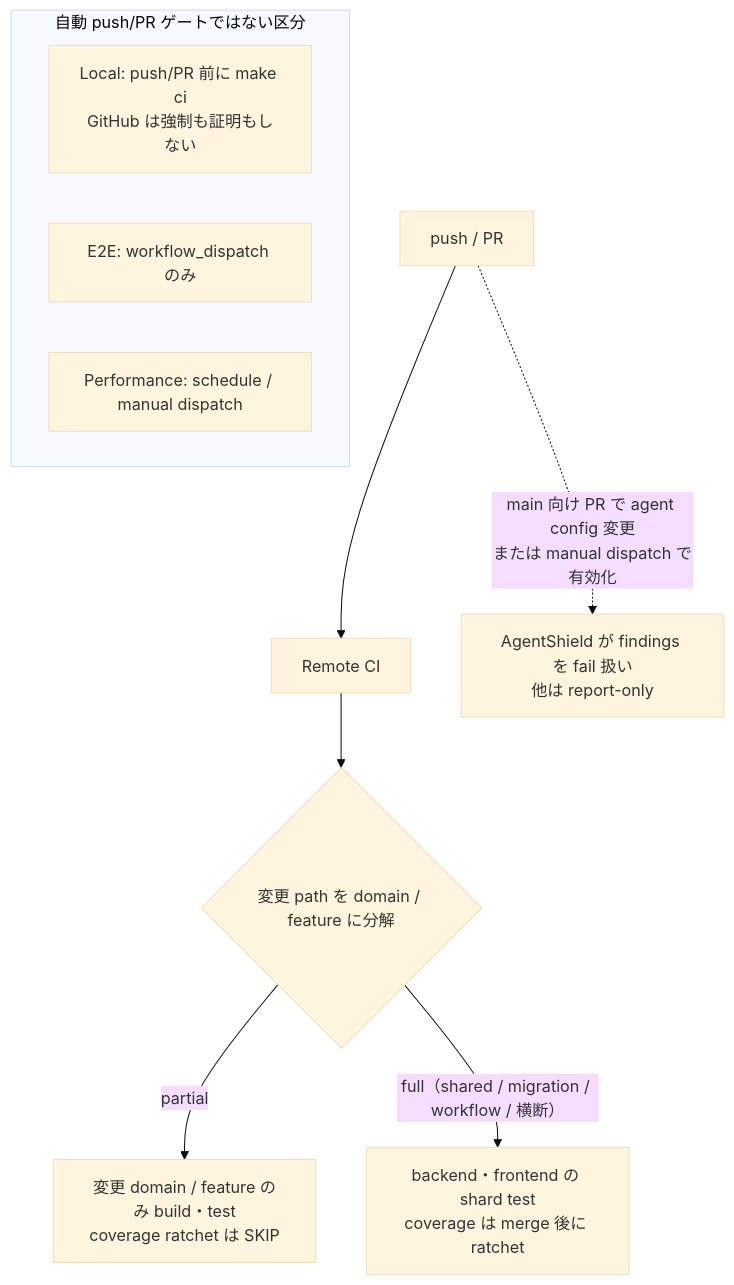
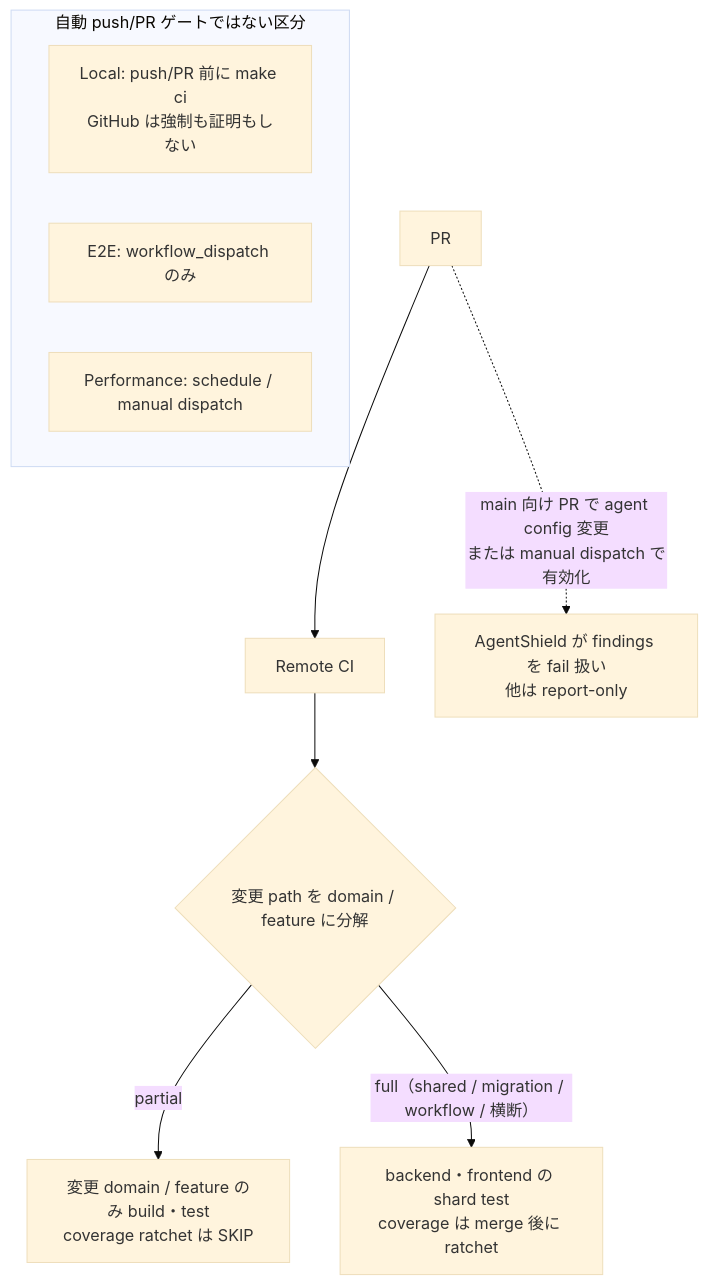
The diagram in docs/ops/ci-policy.md (MinoruSoga/AnimalEkarte), drawn with Mermaid (base theme) before and after one commit. The commit also changed 1 other file, not shown here.

Commit message:
ci: main 直接 push の CI 実行を廃止（PR トリガーのみ）
main→staging/production の release PR が同じ SHA を検証するため、
push: [main] トリガーと push 専用の skip_push_heavy 機構（release PR
検出 step・8 job の条件・event.before 差分計算）を dead code として除去。
直接 push はローカル scoped verify と次回 release PR でカバーする運用へ。

Generated with [Devin](https://devin.ai)

````diff
--- a/docs/ops/ci-policy.md
+++ b/docs/ops/ci-policy.md
@@ -17,13 +17,13 @@
 ```mermaid
 flowchart TB
-    Push["push / PR"] --> Remote["Remote CI"]
+    Push["PR"] --> Remote["Remote CI"]
     Remote --> Scope{"変更 path を domain / feature に分解"}
     Scope -->|"partial"| P["変更 domain / feature のみ build・test<br/>coverage ratchet は SKIP"]
     Scope -->|"full（shared / migration / workflow / 横断）"| F["backend・frontend の shard test<br/>coverage は merge 後に ratchet"]
     Push -.->|"main 向け PR で agent config 変更<br/>または manual dispatch で有効化"| AS["AgentShield が findings を fail 扱い<br/>他は report-only"]
     subgraph NonAuto["自動 push/PR ゲートではない区分"]
         L["Local: push/PR 前に make ci<br/>GitHub は強制も証明もしない"]
         E["E2E: workflow_dispatch のみ"]
         Perf["Performance: schedule / manual dispatch"]
     end
 ```
````
